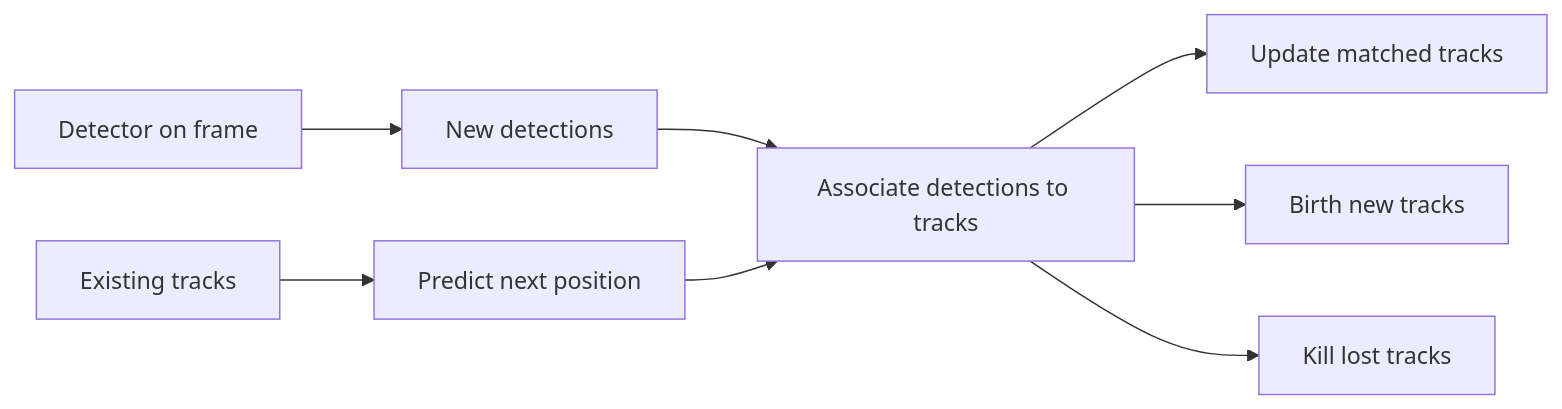
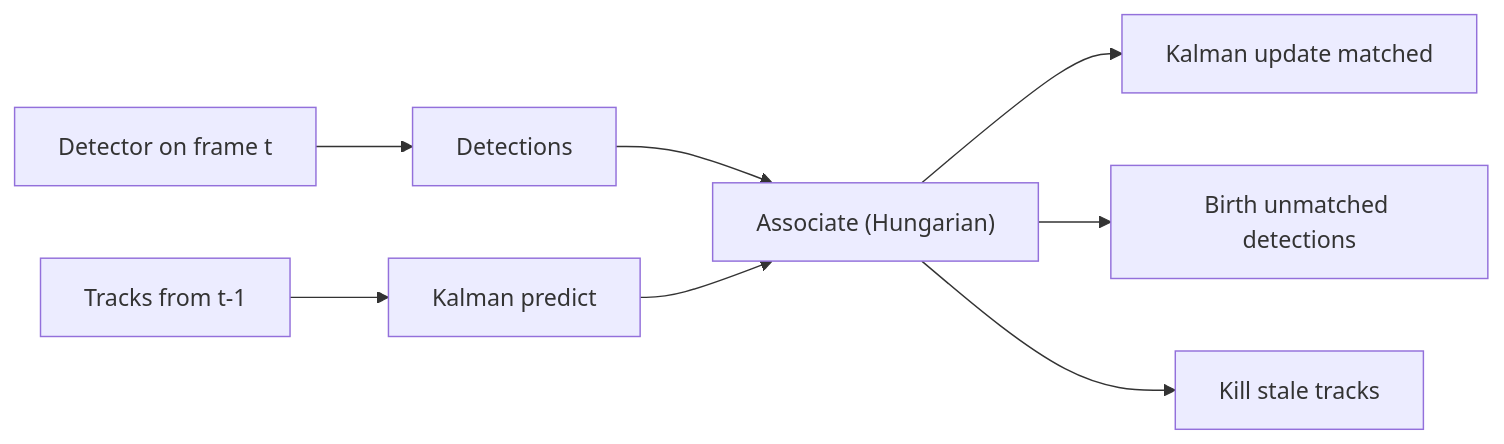
The first of 2 diagrams in curriculum/week-08-keypoints-pose-and-object-tracking/lecture-notes/02-tracking-fundamentals.md (CODECRUNCHWORLDWIDE/C56-CRUNCH-VISION), drawn with Mermaid before and after one commit. The commit also changed other lines of this file and 254 other files, not shown here.

Commit message:
docs: add diagrams + sync content from curriculum source

````diff
--- a/curriculum/week-08-keypoints-pose-and-object-tracking/lecture-notes/02-tracking-fundamentals.md
+++ b/curriculum/week-08-keypoints-pose-and-object-tracking/lecture-notes/02-tracking-fundamentals.md
@@ -12,10 +17,10 @@
 ```mermaid
 flowchart LR
-  A["Detector on frame"] --> B["New detections"]
-  C["Existing tracks"] --> D["Predict next position"]
-  B --> E["Associate detections to tracks"]
+  A["Detector on frame t"] --> B["Detections"]
+  C["Tracks from t-1"] --> D["Kalman predict"]
+  B --> E["Associate (Hungarian)"]
   D --> E
-  E --> F["Update matched tracks"]
-  E --> G["Birth new tracks"]
-  E --> H["Kill lost tracks"]
+  E --> F["Kalman update matched"]
+  E --> G["Birth unmatched detections"]
+  E --> H["Kill stale tracks"]
 ```
````
